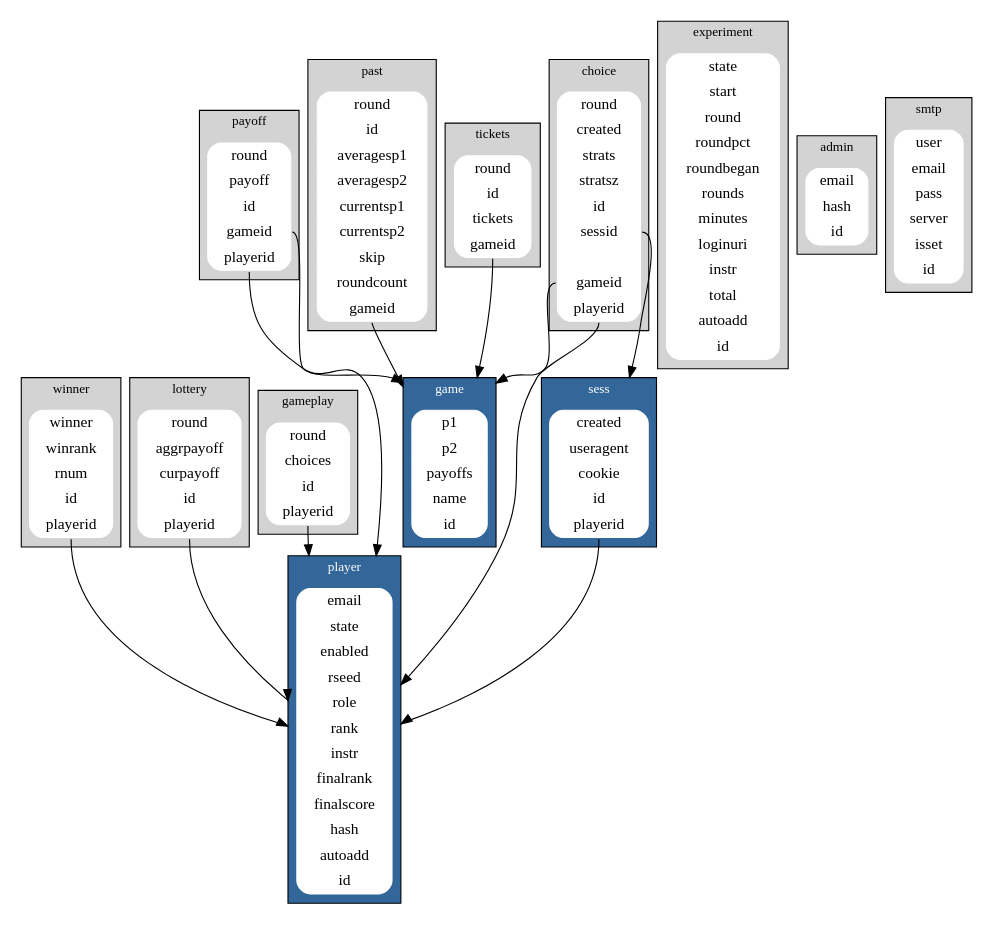
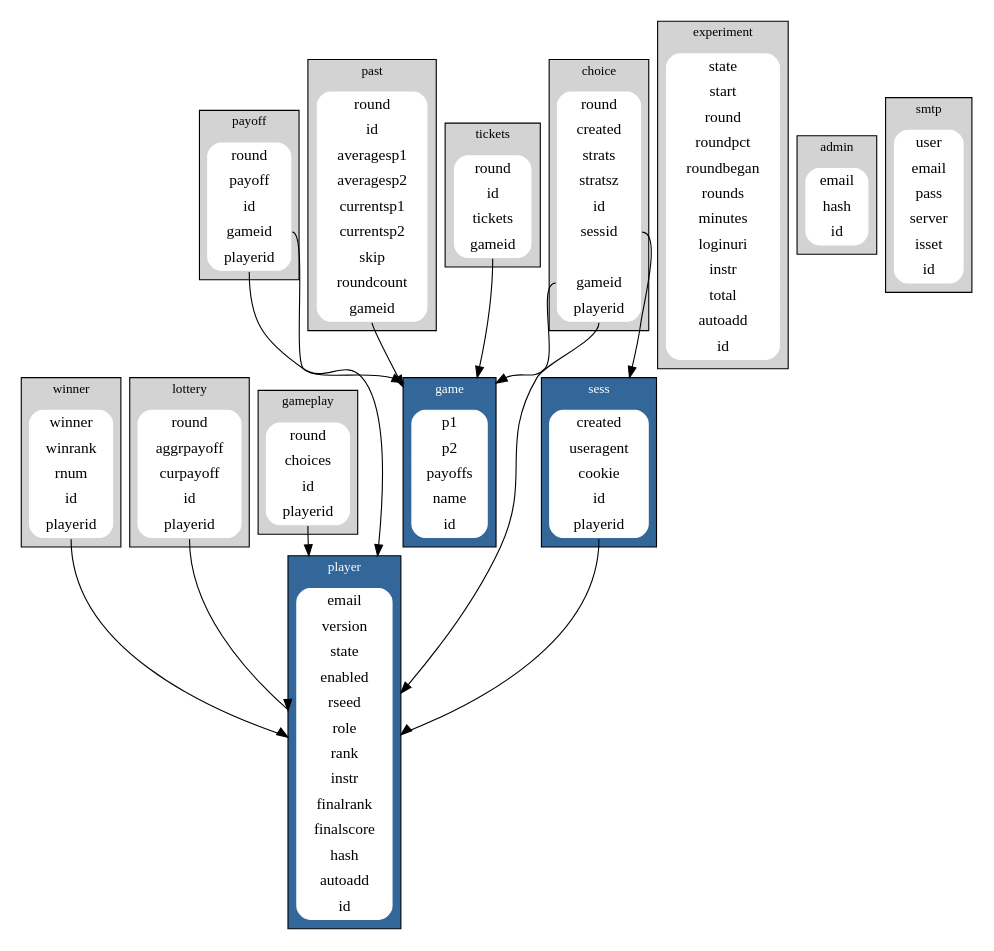
One commit to kristapsdz/gamelab changed the diagram in gamelab.dot. Above: the diagram before and after it, drawn with Graphviz. The commit also changed 10 other files, not shown here.

Commit message:
Fix (not sure if it was broken in the first place...) graph mapping of curve to strategy. Fix caching for player version.

```diff
--- a/gamelab.dot
+++ b/gamelab.dot
@@ -1,86 +1,86 @@
 digraph {
 	fontsize="12";
 	compound=true;
 	node [shape="record"];
 
 	subgraph cluster_winner {
 		winner [style="filled,rounded"; color="white"; label="{winner | winrank | rnum | id | <f0> playerid}"];
 		label="winner";
 		bgcolor="lightgray";
 	}
 	subgraph cluster_player {
-		player [style="filled,rounded"; color="white"; label="{email | state | enabled | rseed | role | rank | instr | finalrank | finalscore | hash | autoadd | id}"];
+		player [style="filled,rounded"; color="white"; label="{email | version | state | enabled | rseed | role | rank | instr | finalrank | finalscore | hash | autoadd | id}"];
 		label="player";
 		fontcolor=white;
 		bgcolor="#336699";
 	}
 	subgraph cluster_lottery {
 		lottery [style="filled,rounded"; color="white"; label="{round | aggrpayoff | curpayoff | id | <f0> playerid}"];
 		label="lottery";
 		bgcolor="lightgray";
 	}
 	subgraph cluster_gameplay {
 		gameplay [style="filled,rounded"; color="white"; label="{round | choices | id | <f0>playerid}"];
 		label="gameplay";
 		bgcolor="lightgray";
 	}
 	subgraph cluster_payoff {
 		payoff [style="filled,rounded"; color="white"; label="{round | payoff | id | <f1> gameid | <f0>playerid}"];
 		label="payoff";
 		bgcolor="lightgray";
 	}
 	subgraph cluster_choice {
 		choice [style="filled,rounded"; color="white"; label="{round | created | strats | stratsz | id | <f2> sessid | | <f1> gameid | <f0> playerid}"];
 		label="choice";
 		bgcolor="lightgray";
 	}
 	subgraph cluster_game {
 		game [style="filled,rounded"; color="white"; label="{p1 | p2 | payoffs | name | id}"];
 		label="game";
 		fontcolor=white;
 		bgcolor="#336699";
 	}
 	subgraph cluster_experiment {
 		experiment [style="filled,rounded"; color="white"; label="{state | start | round | roundpct | roundbegan | rounds | minutes | loginuri | instr | total | autoadd | id}"];
 		label="experiment";
 		bgcolor="lightgray";
 	}
 	subgraph cluster_sess {
 		sess [style="filled,rounded"; color="white"; label="{created | useragent | cookie | id | <f0> playerid}"];
 		label="sess";
 		fontcolor=white;
 		bgcolor="#336699";
 	}
 	subgraph cluster_admin {
 		admin [style="filled,rounded"; color="white"; label="{email | hash | id}"];
 		label="admin";
 		bgcolor="lightgray";
 	}
 	subgraph cluster_past {
 		past [style="filled,rounded"; color="white"; label="{round | id | averagesp1 | averagesp2 | currentsp1 | currentsp2 | skip | roundcount | <f1> gameid}"];
 		label="past";
 		bgcolor="lightgray";
 	}
 	subgraph cluster_tickets {
 		tickets [style="filled,rounded"; color="white"; label="{round | id | tickets | <f1> gameid}"];
 		label="tickets";
 		bgcolor="lightgray";
 	}
 	subgraph cluster_smtp {
 		smtp [style="filled,rounded"; color="white"; label="{user | email | pass | server | isset | id}"];
 		label="smtp";
 		bgcolor="lightgray";
 	}
 
 	winner:s:f0 -> player [lhead="cluster_player"];
 	lottery:s:f0 -> player [lhead="cluster_player"];
 	gameplay:s:f0 -> player [lhead="cluster_player"];
 	payoff:s:f0 -> player [lhead="cluster_player"];
 	payoff:f1 -> game [lhead="cluster_game"];
 	choice:s:f0 -> player [lhead="cluster_player"];
 	choice:f1 -> game [lhead="cluster_game"];
 	choice:f2 -> sess [lhead="cluster_sess"];
 	sess:s:f0 -> player [lhead="cluster_player"];
 	past:s:f1 -> game [lhead="cluster_game"];
 	tickets:s:f1 -> game [lhead="cluster_game"];
 }
```
